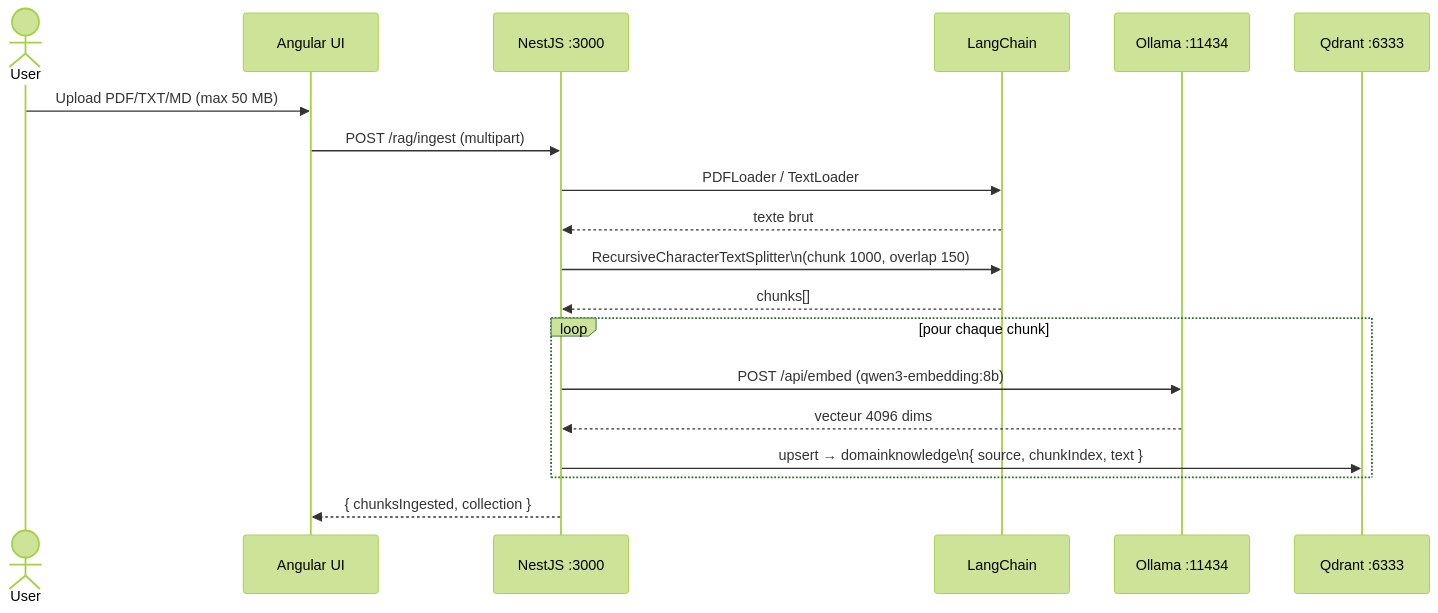
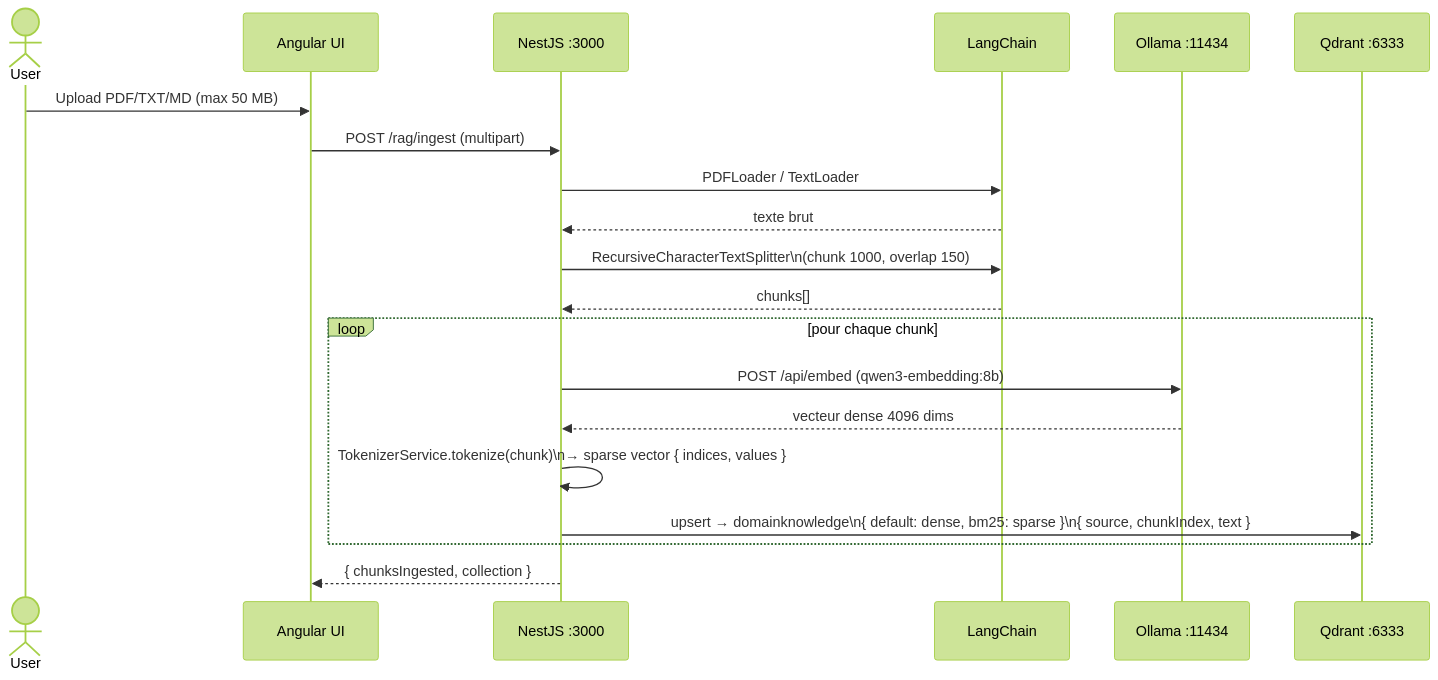
The second of 11 diagrams in plan/architecture-flows.md (Yesub/jarvis-full-solution), drawn with Mermaid (forest theme) before and after one commit. The commit also changed other lines of this file and 6 other files, not shown here.

Commit message:
feat: Implement TokenizerService for French text tokenization and integrate with RagService for hybrid search

````diff
--- a/plan/architecture-flows.md
+++ b/plan/architecture-flows.md
@@ -91,22 +91,23 @@
 ```mermaid
 sequenceDiagram
     actor User
     participant UI as Angular UI
     participant NestJS as NestJS :3000
     participant LC as LangChain
     participant Ollama as Ollama :11434
     participant Qdrant as Qdrant :6333
 
     User->>UI: Upload PDF/TXT/MD (max 50 MB)
     UI->>NestJS: POST /rag/ingest (multipart)
     NestJS->>LC: PDFLoader / TextLoader
     LC-->>NestJS: texte brut
     NestJS->>LC: RecursiveCharacterTextSplitter\n(chunk 1000, overlap 150)
     LC-->>NestJS: chunks[]
     loop pour chaque chunk
         NestJS->>Ollama: POST /api/embed (qwen3-embedding:8b)
-        Ollama-->>NestJS: vecteur 4096 dims
-        NestJS->>Qdrant: upsert → domainknowledge\n{ source, chunkIndex, text }
+        Ollama-->>NestJS: vecteur dense 4096 dims
+        NestJS->>NestJS: TokenizerService.tokenize(chunk)\n→ sparse vector { indices, values }
+        NestJS->>Qdrant: upsert → domainknowledge\n{ default: dense, bm25: sparse }\n{ source, chunkIndex, text }
     end
     NestJS-->>UI: { chunksIngested, collection }
 ```
````
